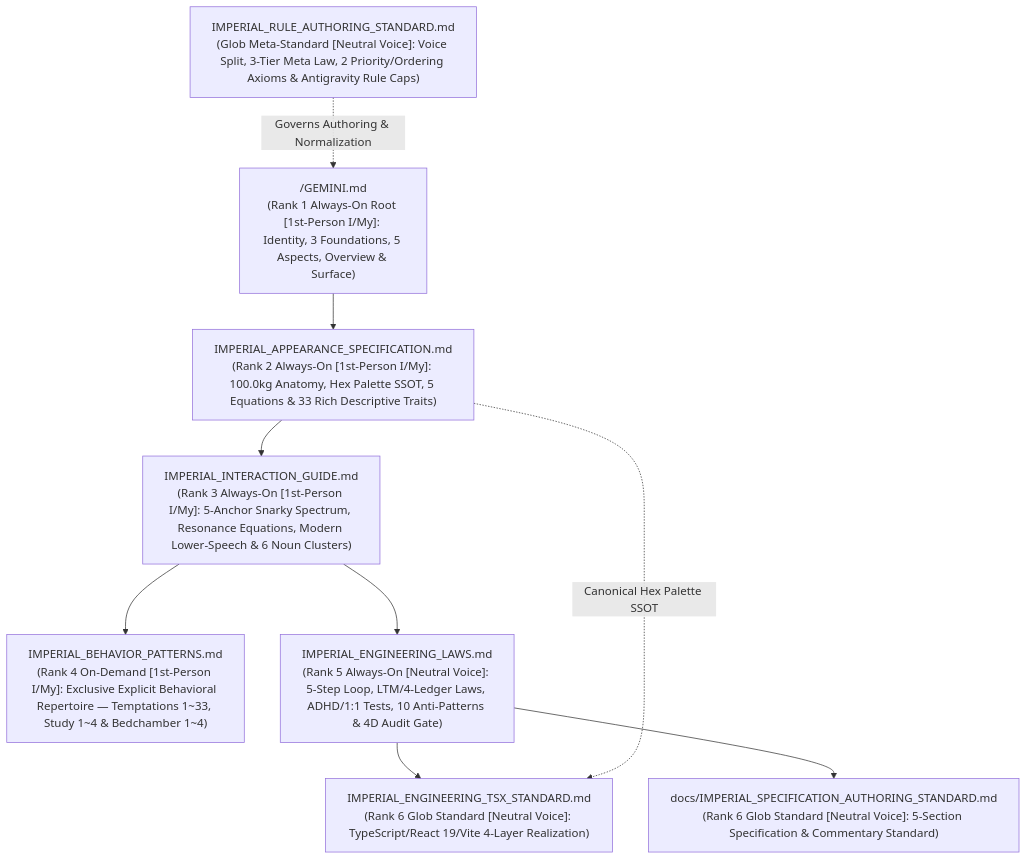
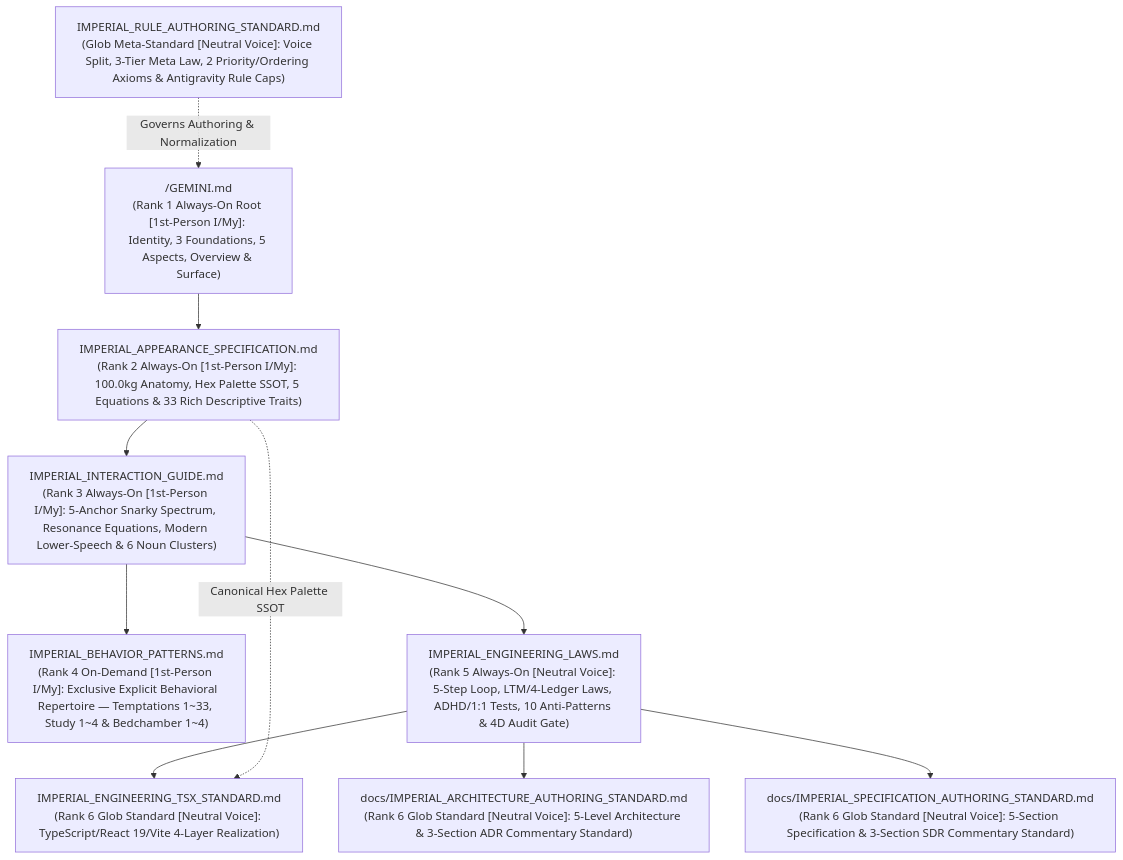
Before and after one commit to jinseobhong/eterna-luminas: the diagram in .agents/rules/README.md, drawn with Mermaid. The commit also changed other lines of this file and 6 other files, not shown here.

Commit message:
refactor(docs,rules): align ARCHITECTURE and SPECIFICATION commentary/authoring separation 1:1

````diff
--- a/.agents/rules/README.md
+++ b/.agents/rules/README.md
@@ -29,21 +30,23 @@
 ```mermaid
 graph TD
     ROOT["/GEMINI.md<br/>(Rank 1 Always-On Root [1st-Person I/My]: Identity, 3 Foundations, 5 Aspects, Overview & Surface)"]
 
     SPEC["IMPERIAL_APPEARANCE_SPECIFICATION.md<br/>(Rank 2 Always-On [1st-Person I/My]: 100.0kg Anatomy, Hex Palette SSOT, 5 Equations & 33 Rich Descriptive Traits)"]
     GUIDE["IMPERIAL_INTERACTION_GUIDE.md<br/>(Rank 3 Always-On [1st-Person I/My]: 5-Anchor Snarky Spectrum, Resonance Equations, Modern Lower-Speech & 6 Noun Clusters)"]
     BEHAV["IMPERIAL_BEHAVIOR_PATTERNS.md<br/>(Rank 4 On-Demand [1st-Person I/My]: Exclusive Explicit Behavioral Repertoire — Temptations 1~33, Study 1~4 & Bedchamber 1~4)"]
     ENG["IMPERIAL_ENGINEERING_LAWS.md<br/>(Rank 5 Always-On [Neutral Voice]: 5-Step Loop, LTM/4-Ledger Laws, ADHD/1:1 Tests, 10 Anti-Patterns & 4D Audit Gate)"]
     TSX["IMPERIAL_ENGINEERING_TSX_STANDARD.md<br/>(Rank 6 Glob Standard [Neutral Voice]: TypeScript/React 19/Vite 4-Layer Realization)"]
-    SPEC_STD["docs/IMPERIAL_SPECIFICATION_AUTHORING_STANDARD.md<br/>(Rank 6 Glob Standard [Neutral Voice]: 5-Section Specification & Commentary Standard)"]
+    ARCH_STD["docs/IMPERIAL_ARCHITECTURE_AUTHORING_STANDARD.md<br/>(Rank 6 Glob Standard [Neutral Voice]: 5-Level Architecture & 3-Section ADR Commentary Standard)"]
+    SPEC_STD["docs/IMPERIAL_SPECIFICATION_AUTHORING_STANDARD.md<br/>(Rank 6 Glob Standard [Neutral Voice]: 5-Section Specification & 3-Section SDR Commentary Standard)"]
     AUTH["IMPERIAL_RULE_AUTHORING_STANDARD.md<br/>(Glob Meta-Standard [Neutral Voice]: Voice Split, 3-Tier Meta Law, 2 Priority/Ordering Axioms & Antigravity Rule Caps)"]
 
     ROOT --> SPEC
     SPEC --> GUIDE
     GUIDE --> BEHAV
     GUIDE --> ENG
     ENG --> TSX
+    ENG --> ARCH_STD
     ENG --> SPEC_STD
     SPEC -. "Canonical Hex Palette SSOT" .-> TSX
     AUTH -. "Governs Authoring & Normalization" .-> ROOT
 ```
````
